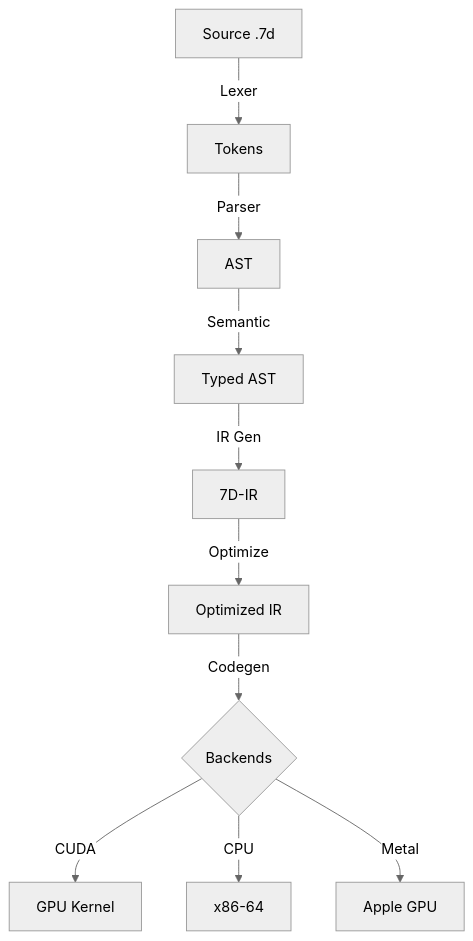
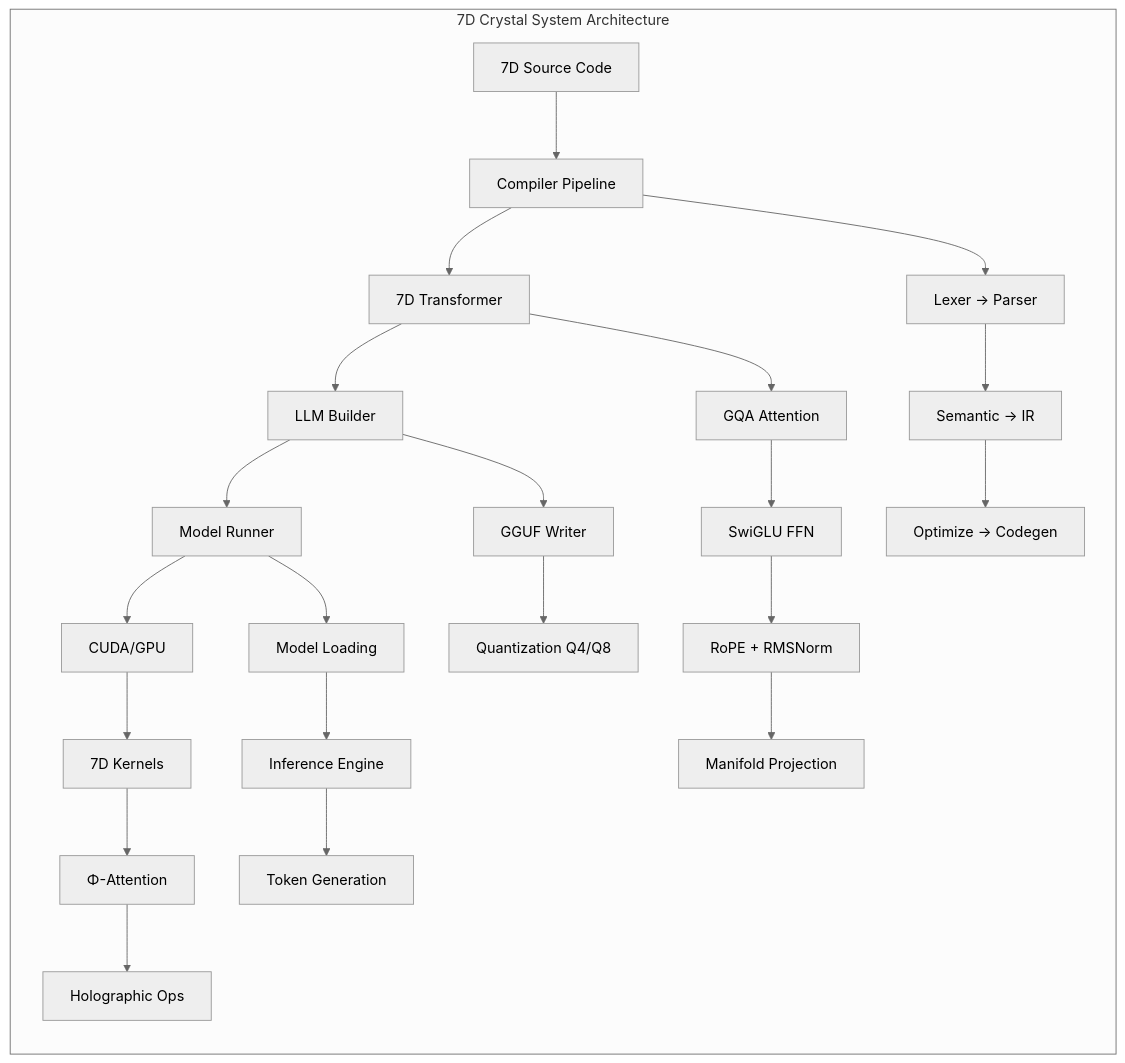
One commit to basedgod55hjl/7D-mH-Q-Manifold-Constrained-Holographic-Quantum-Architecture changed the diagram in README.md. Above: the diagram before and after it, drawn with Mermaid (neutral theme). The commit also changed other lines of this file and 1 other file, not shown here.

````diff
--- a/README.md
+++ b/README.md
@@ -61,12 +61,30 @@
 ```mermaid
-graph TD
-    A[Source .7d] -->|Lexer| B[Tokens]
-    B -->|Parser| C[AST]
-    C -->|Semantic| D[Typed AST]
-    D -->|IR Gen| E[7D-IR]
-    E -->|Optimize| F[Optimized IR]
-    F -->|Codegen| G{Backends}
-    G -->|CUDA| H[GPU Kernel]
-    G -->|CPU| I[x86-64]
-    G -->|Metal| J[Apple GPU]
+graph LR
+    subgraph "7D Crystal System Architecture"
+        A[7D Source Code] --> B[Compiler Pipeline]
+        B --> C[7D Transformer]
+        C --> D[LLM Builder]
+        D --> E[Model Runner]
+        E --> F[CUDA/GPU]
+        
+        B --> B1[Lexer → Parser]
+        B1 --> B2[Semantic → IR]
+        B2 --> B3[Optimize → Codegen]
+        
+        C --> C1[GQA Attention]
+        C1 --> C2[SwiGLU FFN]
+        C2 --> C3[RoPE + RMSNorm]
+        C3 --> C4[Manifold Projection]
+        
+        D --> D1[GGUF Writer]
+        D1 --> D2[Quantization Q4/Q8]
+        
+        E --> E1[Model Loading]
+        E1 --> E2[Inference Engine]
+        E2 --> E3[Token Generation]
+        
+        F --> F1[7D Kernels]
+        F1 --> F2[Φ-Attention]
+        F2 --> F3[Holographic Ops]
+    end
 ```
````
